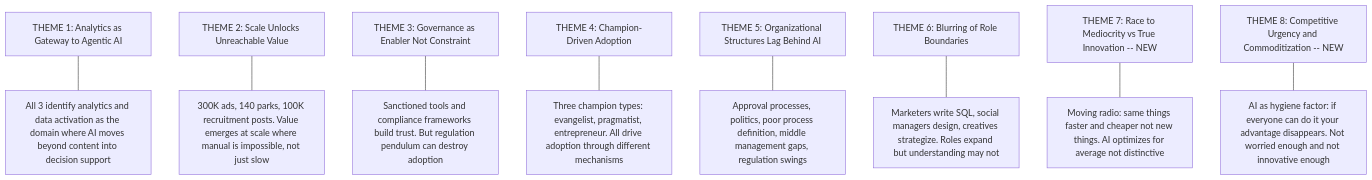
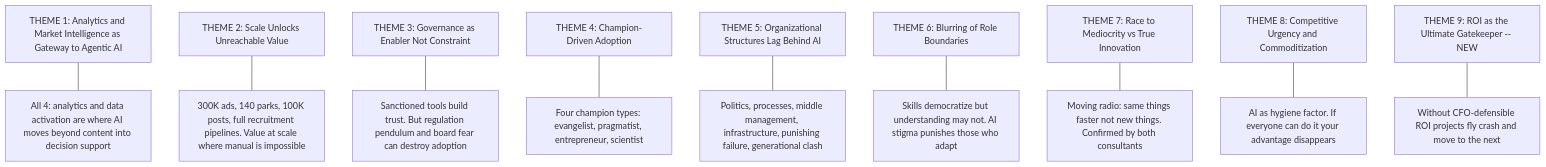
One commit to Luttik/thesis changed the third of 4 diagrams in transcript-codes/Cross-Case Code Alignment.md. Above: the diagram before and after it, drawn with Mermaid. The commit also changed other lines of this file and 3 other files, not shown here.

````diff
--- a/transcript-codes/Cross-Case Code Alignment.md
+++ b/transcript-codes/Cross-Case Code Alignment.md
@@ -150,20 +163,22 @@
 ```mermaid
 graph TD
-    T1["THEME 1: Analytics as Gateway to Agentic AI"]
+    T1["THEME 1: Analytics and Market Intelligence as Gateway to Agentic AI"]
     T2["THEME 2: Scale Unlocks Unreachable Value"]
     T3["THEME 3: Governance as Enabler Not Constraint"]
     T4["THEME 4: Champion-Driven Adoption"]
     T5["THEME 5: Organizational Structures Lag Behind AI"]
     T6["THEME 6: Blurring of Role Boundaries"]
-    T7["THEME 7: Race to Mediocrity vs True Innovation -- NEW"]
-    T8["THEME 8: Competitive Urgency and Commoditization -- NEW"]
+    T7["THEME 7: Race to Mediocrity vs True Innovation"]
+    T8["THEME 8: Competitive Urgency and Commoditization"]
+    T9["THEME 9: ROI as the Ultimate Gatekeeper -- NEW"]
 
-    T1 --- T1a["All 3 identify analytics and data activation as the domain where AI moves beyond content into decision support"]
-    T2 --- T2a["300K ads, 140 parks, 100K recruitment posts. Value emerges at scale where manual is impossible, not just slow"]
-    T3 --- T3a["Sanctioned tools and compliance frameworks build trust. But regulation pendulum can destroy adoption"]
-    T4 --- T4a["Three champion types: evangelist, pragmatist, entrepreneur. All drive adoption through different mechanisms"]
-    T5 --- T5a["Approval processes, politics, poor process definition, middle management gaps, regulation swings"]
-    T6 --- T6a["Marketers write SQL, social managers design, creatives strategize. Roles expand but understanding may not"]
-    T7 --- T7a["Moving radio: same things faster and cheaper not new things. AI optimizes for average not distinctive"]
-    T8 --- T8a["AI as hygiene factor: if everyone can do it your advantage disappears. Not worried enough and not innovative enough"]
+    T1 --- T1a["All 4: analytics and data activation are where AI moves beyond content into decision support"]
+    T2 --- T2a["300K ads, 140 parks, 100K posts, full recruitment pipelines. Value at scale where manual is impossible"]
+    T3 --- T3a["Sanctioned tools build trust. But regulation pendulum and board fear can destroy adoption"]
+    T4 --- T4a["Four champion types: evangelist, pragmatist, entrepreneur, scientist"]
+    T5 --- T5a["Politics, processes, middle management, infrastructure, punishing failure, generational clash"]
+    T6 --- T6a["Skills democratize but understanding may not. AI stigma punishes those who adapt"]
+    T7 --- T7a["Moving radio: same things faster not new things. Confirmed by both consultants"]
+    T8 --- T8a["AI as hygiene factor. If everyone can do it your advantage disappears"]
+    T9 --- T9a["Without CFO-defensible ROI projects fly crash and move to the next"]
 ```
````
